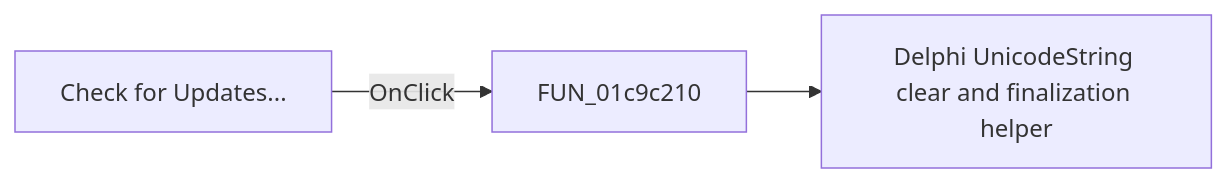
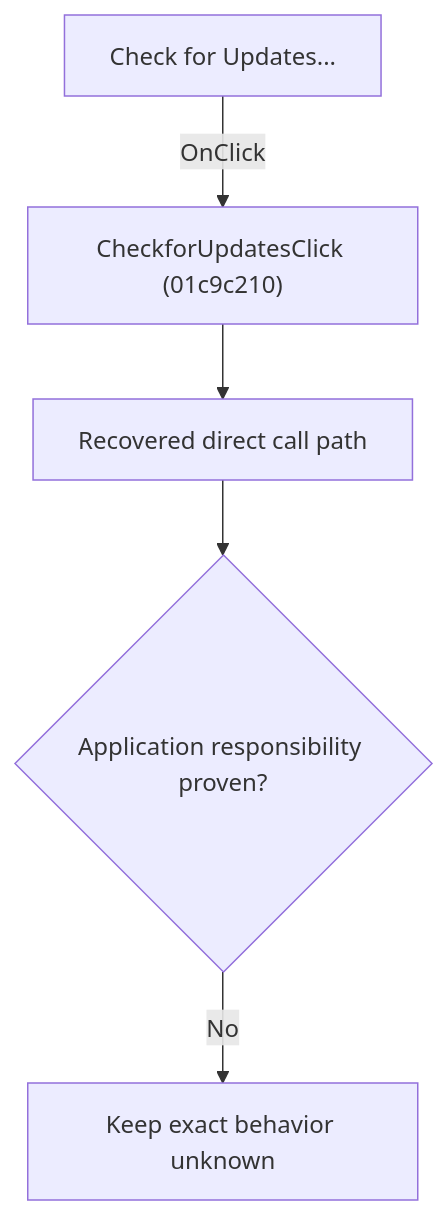
Before and after one commit to MovGP0/TIARA: the diagram in docs/ui-controls/schematiceditor/checkforupdates-5b4facd9e7.md, drawn with Mermaid. The commit also changed other lines of this file and 1062 other files, not shown here.

````diff
--- a/docs/ui-controls/schematiceditor/checkforupdates-5b4facd9e7.md
+++ b/docs/ui-controls/schematiceditor/checkforupdates-5b4facd9e7.md
@@ -27,5 +27,7 @@
 ```mermaid
-flowchart LR
-    control["Check for Updates..."] -->|OnClick| handler["FUN_01c9c210"]
-    handler --> call1["Delphi UnicodeString clear and finalization helper"]
+flowchart TD
+    control["Check for Updates..."] -->|"OnClick"| handler["CheckforUpdatesClick (01c9c210)"]
+    handler --> recovered["Recovered direct call path"]
+    recovered --> gap{"Application responsibility proven?"}
+    gap -->|"No"| blocked["Keep exact behavior unknown"]
 ```
````
